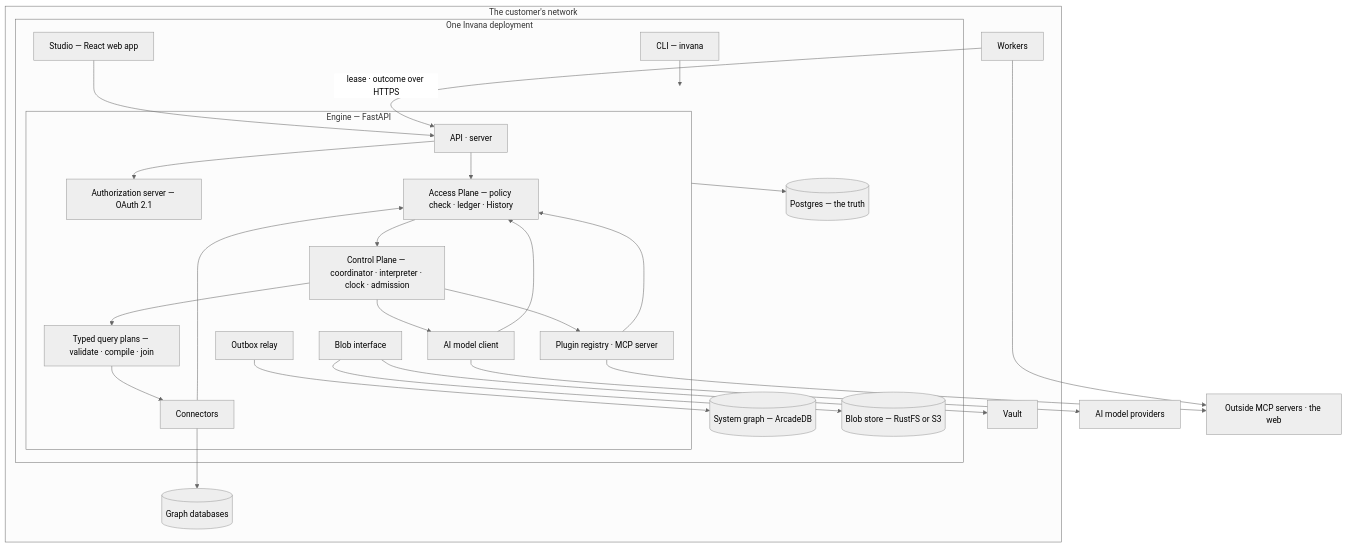
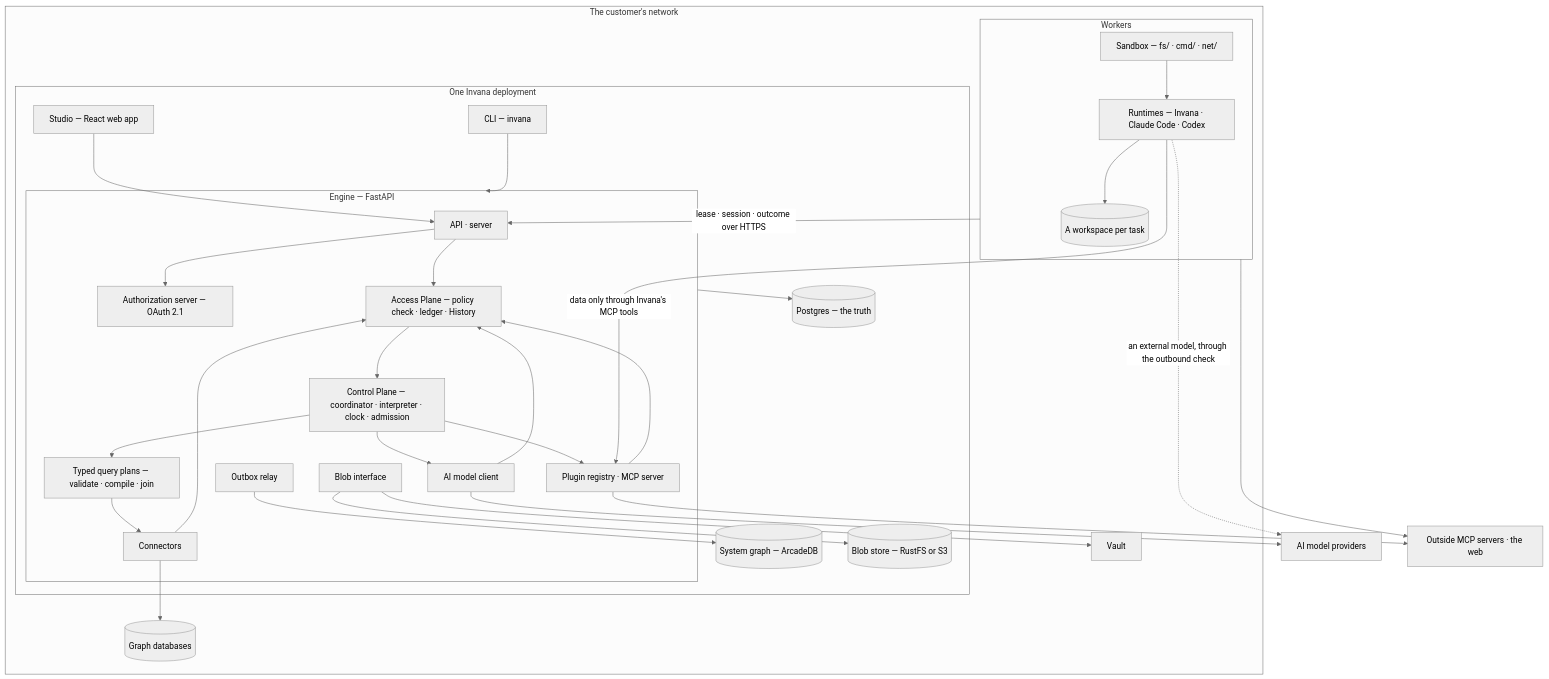
One commit to invana/invana changed the second of 3 diagrams in specs/system-design.md. Above: the diagram before and after it, drawn with Mermaid (neutral theme). The commit also changed other lines of this file and 300 other files, not shown here.

````diff
--- a/specs/system-design.md
+++ b/specs/system-design.md
@@ -201,43 +209,51 @@
 ```mermaid
 flowchart TB
   subgraph Customer[The customer's network]
     subgraph Deployment[One Invana deployment]
       S[Studio — React web app]
       CLI[CLI — invana]
       subgraph Engine[Engine — FastAPI]
         API[API · server]
         AS[Authorization server — OAuth 2.1]
         CP[Control Plane — coordinator · interpreter · clock · admission]
         AC[Access Plane — policy check · ledger · History]
         QP[Typed query plans — validate · compile · join]
         GW[AI model client]
         CN[Connectors]
         PL[Plugin registry · MCP server]
         BL[Blob interface]
         OB[Outbox relay]
       end
       DB[(Postgres — the truth)]
       SG[(System graph — ArcadeDB)]
       FS[(Blob store — RustFS or S3)]
     end
-    WK[Workers]
+    subgraph WK[Workers]
+      RT[Runtimes — Invana · Claude Code · Codex]
+      SBX[Sandbox — fs/ · cmd/ · net/]
+      WS[(A workspace per task)]
+    end
     GDB[(Graph databases)]
     VT[Vault]
   end
   LLM[AI model providers]
   MCP[Outside MCP servers · the web]
   S --> API
   CLI --> Engine
   API --> AS
   API --> AC --> CP
   CP --> QP --> CN --> GDB
   CP --> GW --> LLM
   CP --> PL --> MCP
   GW & CN & PL --> AC
   Engine --> DB
   OB --> SG
   BL --> FS
   BL --> VT
-  WK -->|lease · outcome over HTTPS| API
+  WK -->|lease · session · outcome over HTTPS| API
+  RT -->|data only through Invana's MCP tools| PL
+  SBX --> RT
+  RT --> WS
   WK --> MCP
+  RT -.->|an external model, through the outbound check| LLM
 ```
````
